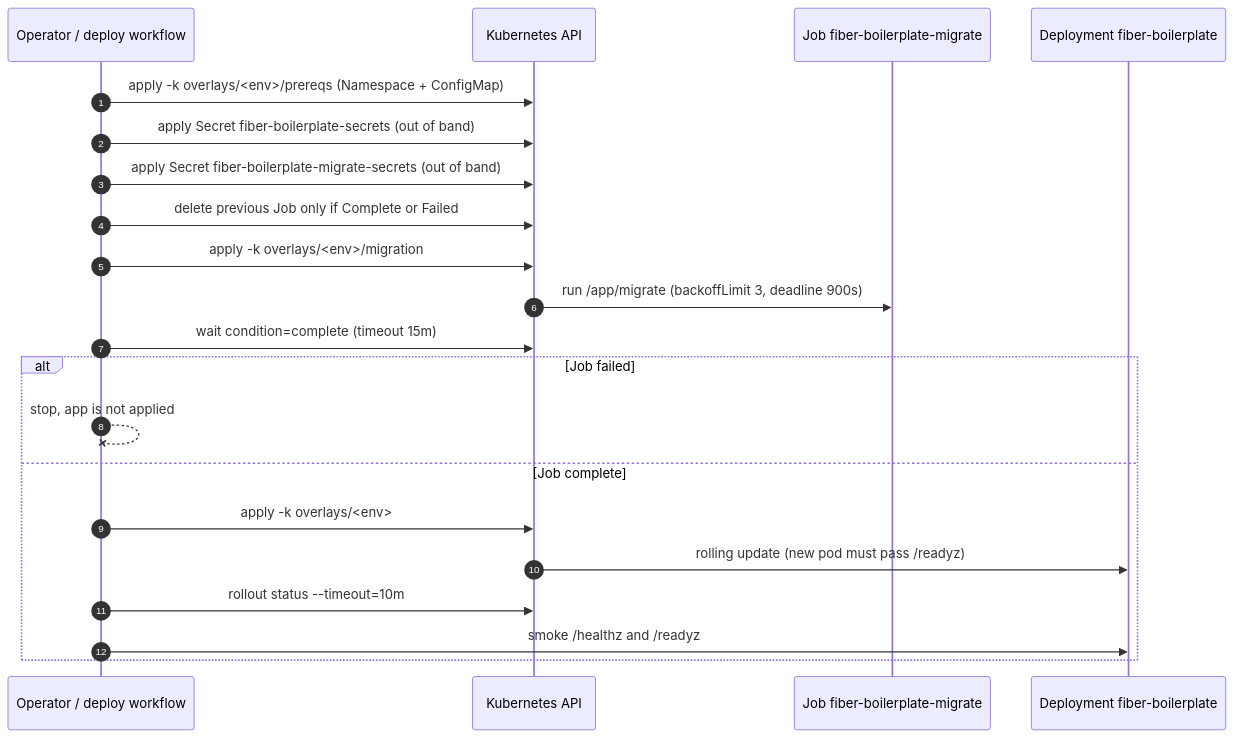
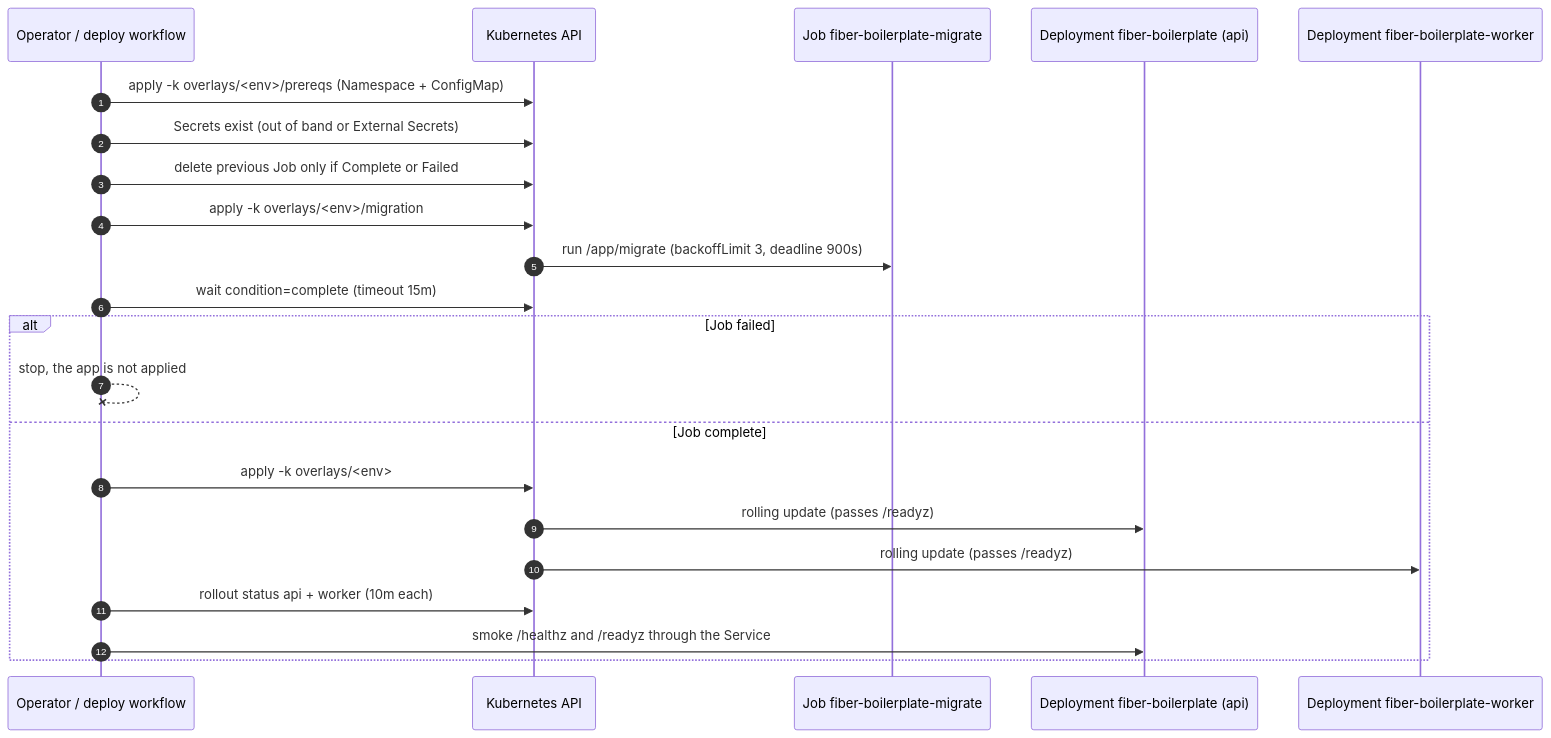
One commit to chuanghiduoc/fiber-golang-boilerplate changed the third of 4 diagrams in deploy/k8s/README.md. Above: the diagram before and after it, drawn with Mermaid. The commit also changed other lines of this file and 911 other files, not shown here.

````diff
--- a/deploy/k8s/README.md
+++ b/deploy/k8s/README.md
@@ -130,23 +148,24 @@
 ```mermaid
 sequenceDiagram
     autonumber
     participant Op as Operator / deploy workflow
     participant K as Kubernetes API
     participant J as Job fiber-boilerplate-migrate
-    participant D as Deployment fiber-boilerplate
+    participant A as Deployment fiber-boilerplate (api)
+    participant W as Deployment fiber-boilerplate-worker
     Op->>K: apply -k overlays/<env>/prereqs (Namespace + ConfigMap)
-    Op->>K: apply Secret fiber-boilerplate-secrets (out of band)
-    Op->>K: apply Secret fiber-boilerplate-migrate-secrets (out of band)
+    Op->>K: Secrets exist (out of band or External Secrets)
     Op->>K: delete previous Job only if Complete or Failed
     Op->>K: apply -k overlays/<env>/migration
     K->>J: run /app/migrate (backoffLimit 3, deadline 900s)
     Op->>K: wait condition=complete (timeout 15m)
     alt Job failed
-        Op--xOp: stop, app is not applied
+        Op--xOp: stop, the app is not applied
     else Job complete
         Op->>K: apply -k overlays/<env>
-        K->>D: rolling update (new pod must pass /readyz)
-        Op->>K: rollout status --timeout=10m
-        Op->>D: smoke /healthz and /readyz
+        K->>A: rolling update (passes /readyz)
+        K->>W: rolling update (passes /readyz)
+        Op->>K: rollout status api + worker (10m each)
+        Op->>A: smoke /healthz and /readyz through the Service
     end
 ```
````
